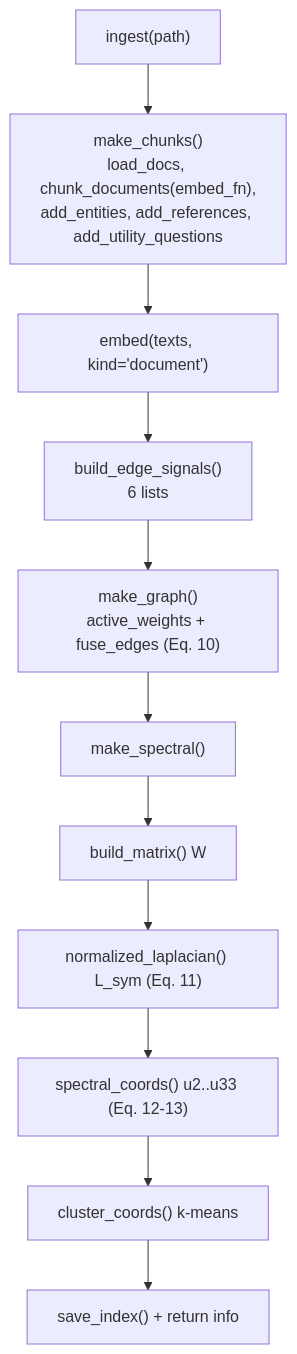
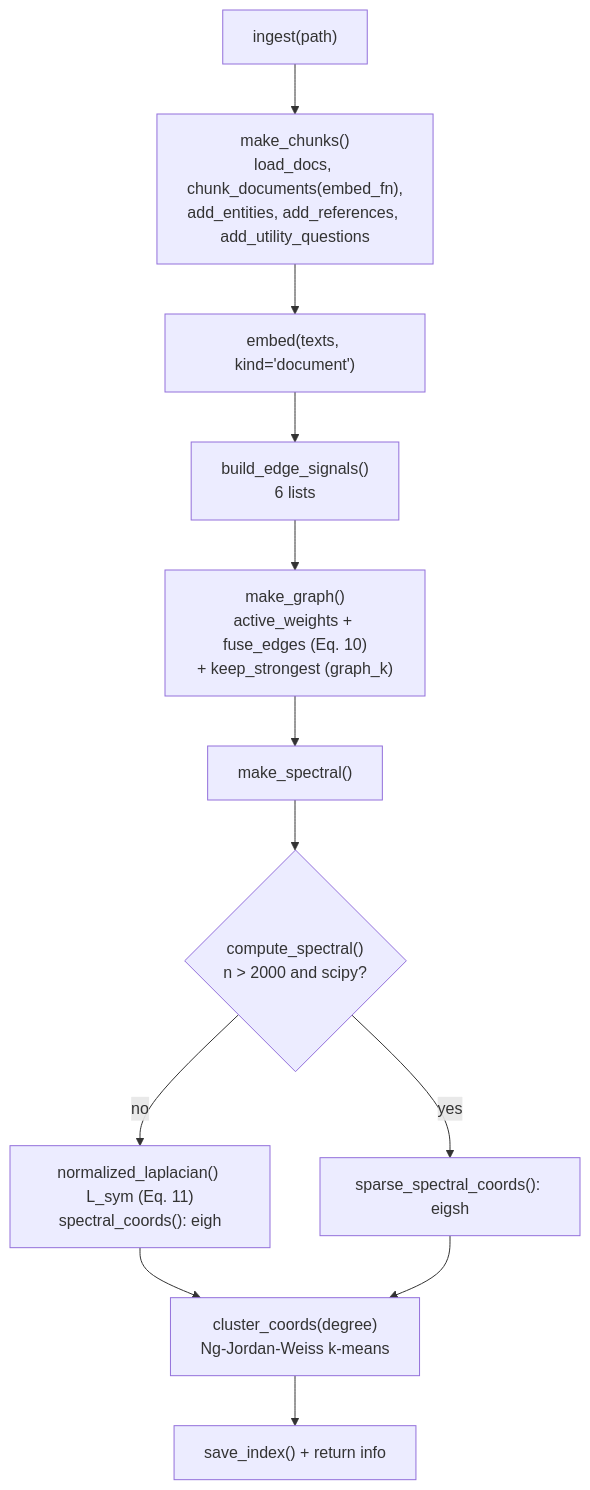
Before and after one commit to aion7891/Spect-RAG: the tenth of 10 diagrams in README.md, drawn with Mermaid. The commit also changed other lines of this file and 21 other files, not shown here.

Commit message:
fix: review of Phases 2-6 – no lost text, strict chunk sizes, sparse graph, NJW clustering, faster ingestion

````diff
--- a/README.md
+++ b/README.md
@@ -995,11 +1010,13 @@
 ```mermaid
 flowchart TD
     P["ingest(path)"] --> MC["make_chunks()<br/>load_docs, chunk_documents(embed_fn),<br/>add_entities, add_references, add_utility_questions"]
     MC --> EM["embed(texts, kind='document')"]
     EM --> BS["build_edge_signals()<br/>6 lists"]
-    BS --> MG["make_graph()<br/>active_weights + fuse_edges (Eq. 10)"]
+    BS --> MG["make_graph()<br/>active_weights + fuse_edges (Eq. 10)<br/>+ keep_strongest (graph_k)"]
     MG --> MS["make_spectral()"]
-    MS --> BM["build_matrix() W"] --> NL["normalized_laplacian() L_sym (Eq. 11)"]
-    NL --> SC["spectral_coords() u2..u33 (Eq. 12-13)"] --> CC["cluster_coords() k-means"]
+    MS --> CS{"compute_spectral()<br/>n > 2000 and scipy?"}
+    CS -- no --> NL["normalized_laplacian() L_sym (Eq. 11)<br/>spectral_coords(): eigh"]
+    CS -- yes --> SP["sparse_spectral_coords(): eigsh"]
+    NL & SP --> CC["cluster_coords(degree)<br/>Ng-Jordan-Weiss k-means"]
     CC --> SV["save_index() + return info"]
 ```
````
